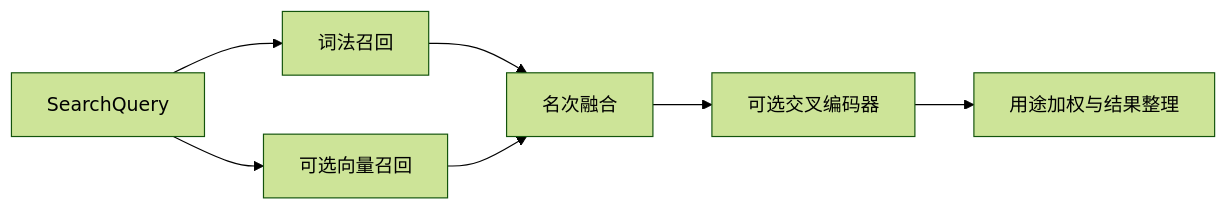
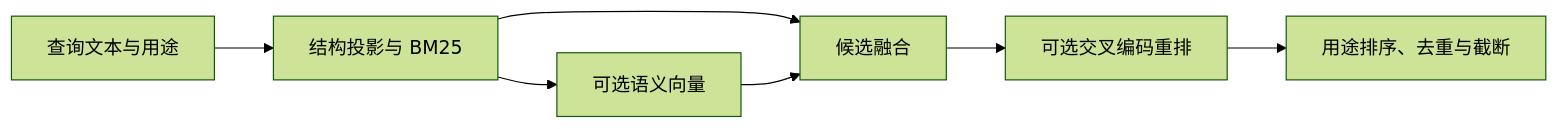
One commit to lejunyang/omem changed the diagram in .repo-review/knowledge/articles/0f4c98f99ec08ee9f67bc4c9abbbec7193e9e0c6a38384e2306d9c1cf84a9f03.md. Above: the diagram before and after it, drawn with Mermaid (forest theme). The commit also changed other lines of this file and 20 other files, not shown here.

````diff
--- a/.repo-review/knowledge/articles/0f4c98f99ec08ee9f67bc4c9abbbec7193e9e0c6a38384e2306d9c1cf84a9f03.md
+++ b/.repo-review/knowledge/articles/0f4c98f99ec08ee9f67bc4c9abbbec7193e9e0c6a38384e2306d9c1cf84a9f03.md
@@ -21,9 +19,9 @@
 ```mermaid
 flowchart LR
-  Q[SearchQuery] --> L[词法召回]
-  Q --> V[可选向量召回]
-  L --> F[名次融合]
-  V --> F
-  F --> R[可选交叉编码器]
-  R --> O[用途加权与结果整理]
+  Q[查询文本与用途] --> L[结构投影与 BM25]
+  L --> D[可选语义向量]
+  L --> F[候选融合]
+  D --> F
+  F --> R[可选交叉编码重排]
+  R --> O[用途排序、去重与截断]
 ```
````
